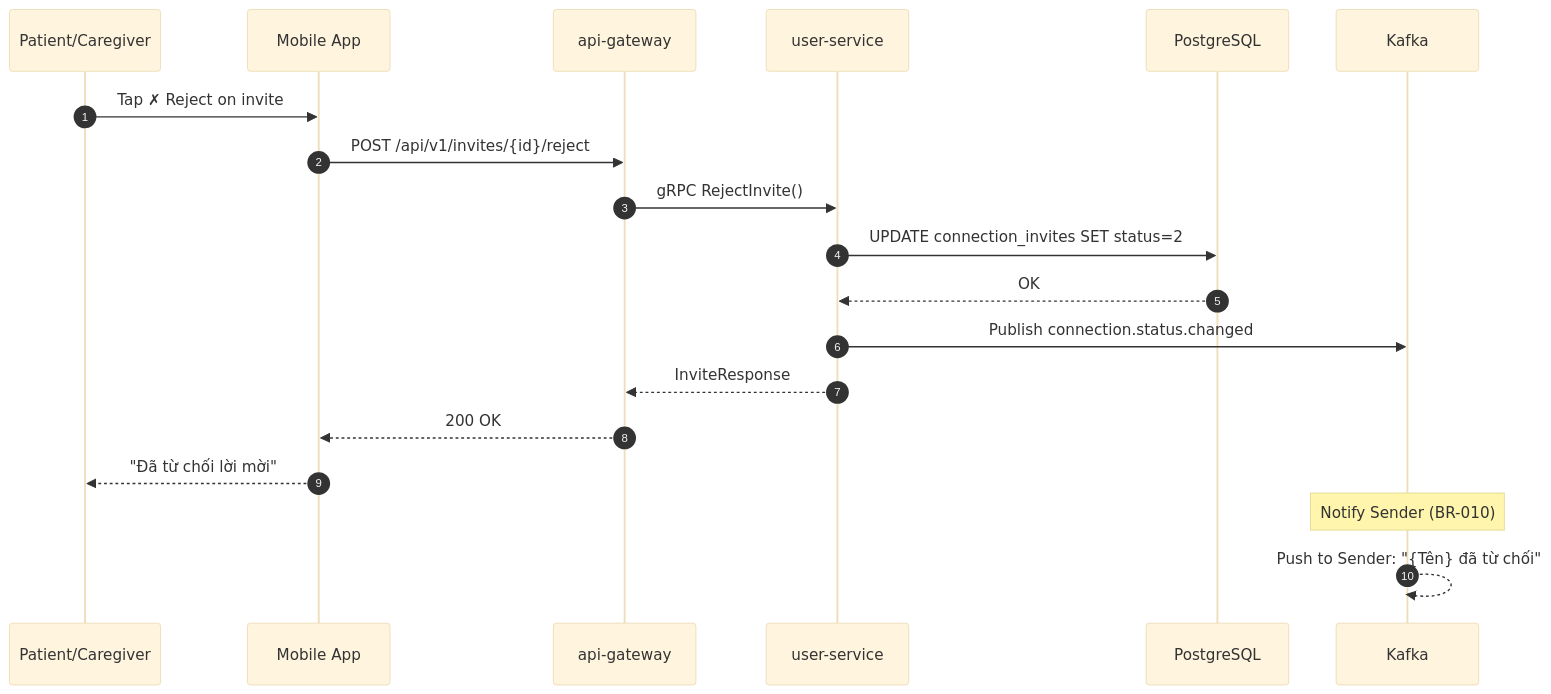
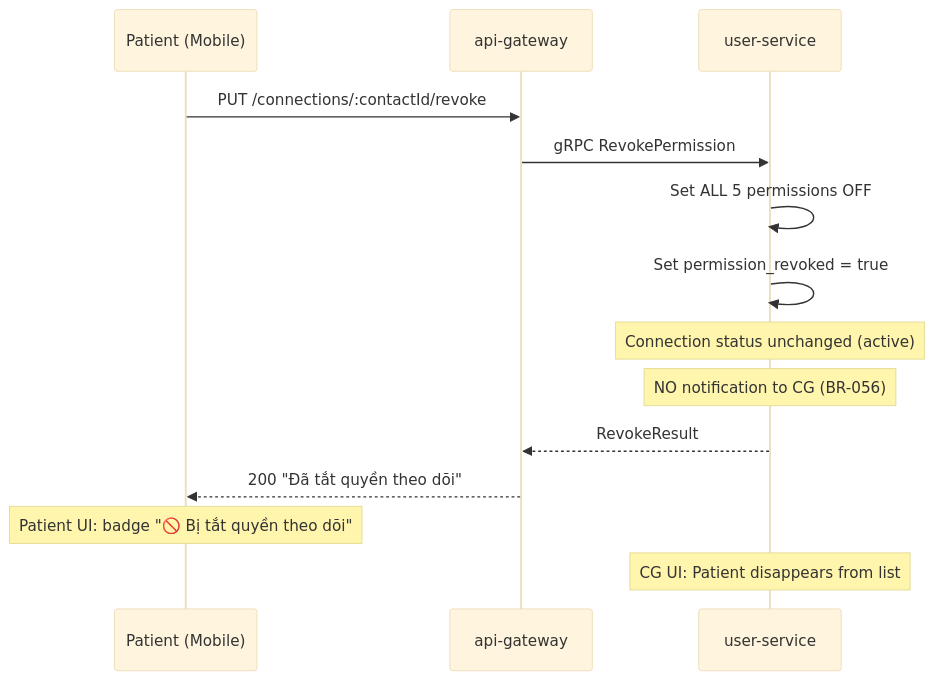
One commit to huynv-osp/kolia-huynv-local changed the fourth of 12 diagrams in nguoi_than/features/ket_noi_nguoi_than/02_planning/sequence-diagram.md. Above: the diagram before and after it, drawn with Mermaid (base theme). The commit also changed other lines of this file and 30 other files, not shown here.

````diff
--- a/nguoi_than/features/ket_noi_nguoi_than/02_planning/sequence-diagram.md
+++ b/nguoi_than/features/ket_noi_nguoi_than/02_planning/sequence-diagram.md
@@ -162,26 +125,20 @@
 ```mermaid
 sequenceDiagram
-    autonumber
-    participant User as Patient/Caregiver
-    participant App as Mobile App
+    participant P as Patient (Mobile)
     participant GW as api-gateway
     participant US as user-service
-    participant DB as PostgreSQL
-    participant Kafka as Kafka
 
-    User->>App: Tap ✗ Reject on invite
-    App->>GW: POST /api/v1/invites/{id}/reject
+    P->>GW: PUT /connections/:contactId/revoke
+    GW->>US: gRPC RevokePermission
     
-    GW->>US: gRPC RejectInvite()
-    US->>DB: UPDATE connection_invites SET status=2
-    DB-->>US: OK
+    US->>US: Set ALL 5 permissions OFF
+    US->>US: Set permission_revoked = true
+    Note over US: Connection status unchanged (active)
+    Note over US: NO notification to CG (BR-056)
     
-    US->>Kafka: Publish connection.status.changed
+    US-->>GW: RevokeResult
+    GW-->>P: 200 "Đã tắt quyền theo dõi"
     
-    US-->>GW: InviteResponse
-    GW-->>App: 200 OK
-    App-->>User: "Đã từ chối lời mời"
-    
-    Note over Kafka: Notify Sender (BR-010)
-    Kafka-->>Kafka: Push to Sender: "{Tên} đã từ chối"
+    Note over P: Patient UI: badge "🚫 Bị tắt quyền theo dõi"
+    Note over US: CG UI: Patient disappears from list
 ```
````
